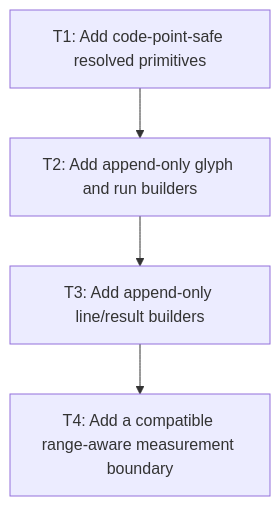
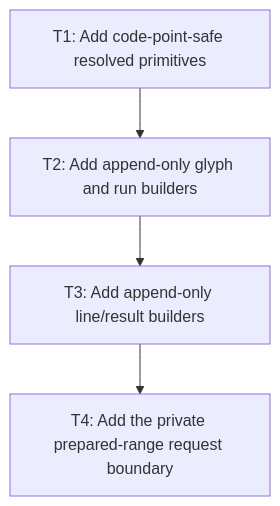
Before and after one commit to SpinyOwl/SpinyGUI: the diagram in docs/work/E5/M2/P2 - Build resolved primitives and append-only builders.md, drawn with Mermaid. The commit also changed other lines of this file and 10 other files, not shown here.

````diff
--- a/docs/work/E5/M2/P2 - Build resolved primitives and append-only builders.md
+++ b/docs/work/E5/M2/P2 - Build resolved primitives and append-only builders.md
@@ -160,10 +175,10 @@
 ```mermaid
 flowchart TD
   T1["T1: Add code-point-safe resolved primitives"]
   T2["T2: Add append-only glyph and run builders"]
   T3["T3: Add append-only line/result builders"]
-  T4["T4: Add a compatible range-aware measurement boundary"]
+  T4["T4: Add the private prepared-range request boundary"]
   T1 --> T2
   T2 --> T3
   T3 --> T4
 ```
````
